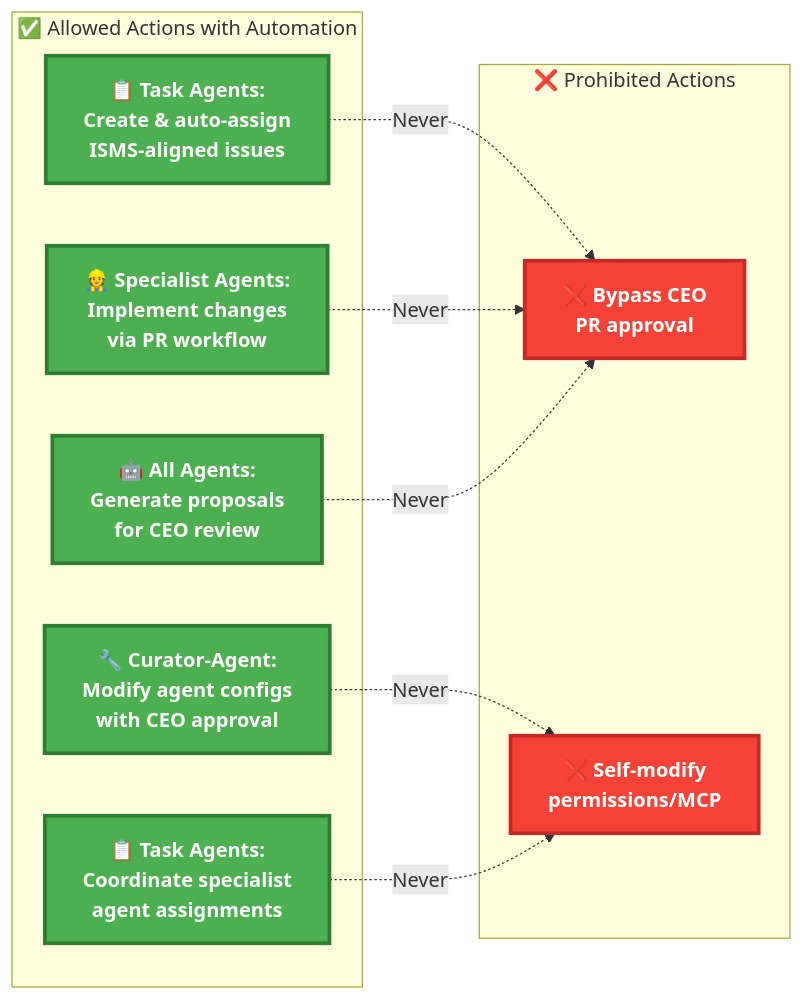
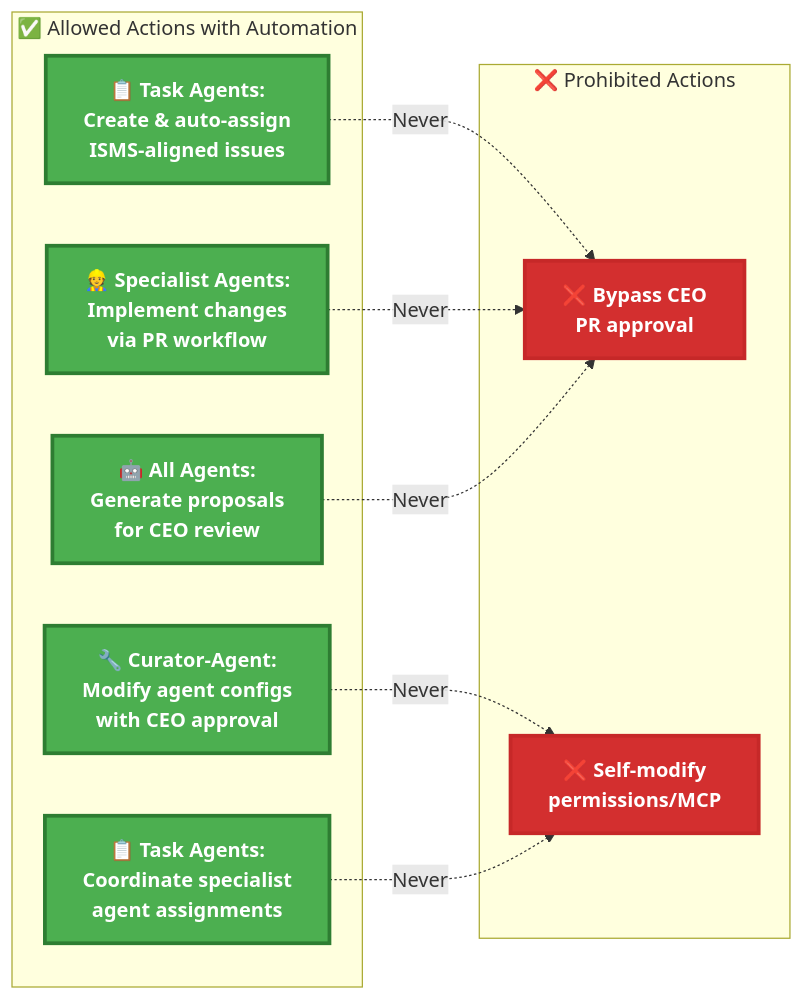
One commit to Hack23/ISMS-PUBLIC changed the fifth of 7 diagrams in AI_Policy.md. Above: the diagram before and after it, drawn with Mermaid. The commit also changed other lines of this file and 18 other files, not shown here.

Commit message:
fix broken mermaid

````diff
--- a/AI_Policy.md
+++ b/AI_Policy.md
@@ -348,24 +348,24 @@
 ```mermaid
 graph LR
     subgraph "✅ Allowed Actions with Automation"
         A1[🔧 Curator-Agent:<br/>Modify agent configs<br/>with CEO approval]:::allowed
         A2[📋 Task Agents:<br/>Create & auto-assign<br/>ISMS-aligned issues]:::allowed
         A3[👷 Specialist Agents:<br/>Implement changes<br/>via PR workflow]:::allowed
         A4[🤖 All Agents:<br/>Generate proposals<br/>for CEO review]:::allowed
         A5[📋 Task Agents:<br/>Coordinate specialist<br/>agent assignments]:::allowed
     end
     
     subgraph "❌ Prohibited Actions"
         P1[❌ Bypass CEO<br/>PR approval]:::prohibited
         P2[❌ Self-modify<br/>permissions/MCP]:::prohibited
     end
     
     A1 -.->|Never| P2
     A2 -.->|Never| P1
     A3 -.->|Never| P1
     A4 -.->|Never| P1
     A5 -.->|Never| P2
     
     classDef allowed fill:#4CAF50,stroke:#2E7D32,stroke-width:3px,color:#fff,font-weight:bold
-    classDef prohibited fill:#F44336,stroke:#C62828,stroke-width:3px,color:#fff,font-weight:bold
+    classDef prohibited fill:#D32F2F,stroke:#C62828,stroke-width:3px,color:#fff,font-weight:bold
 ```
````
